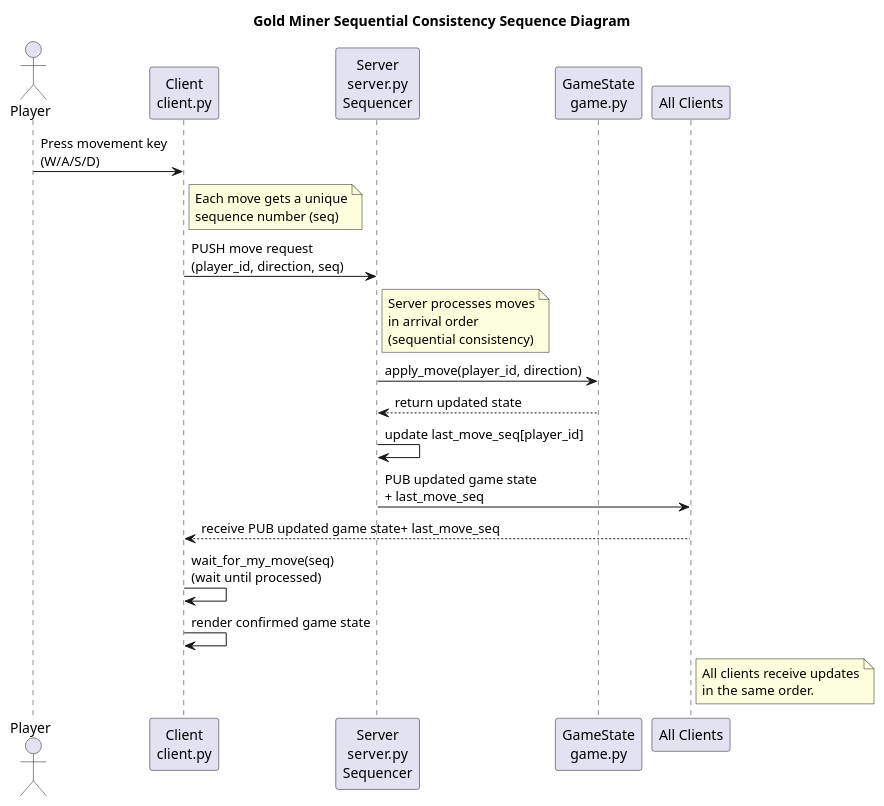
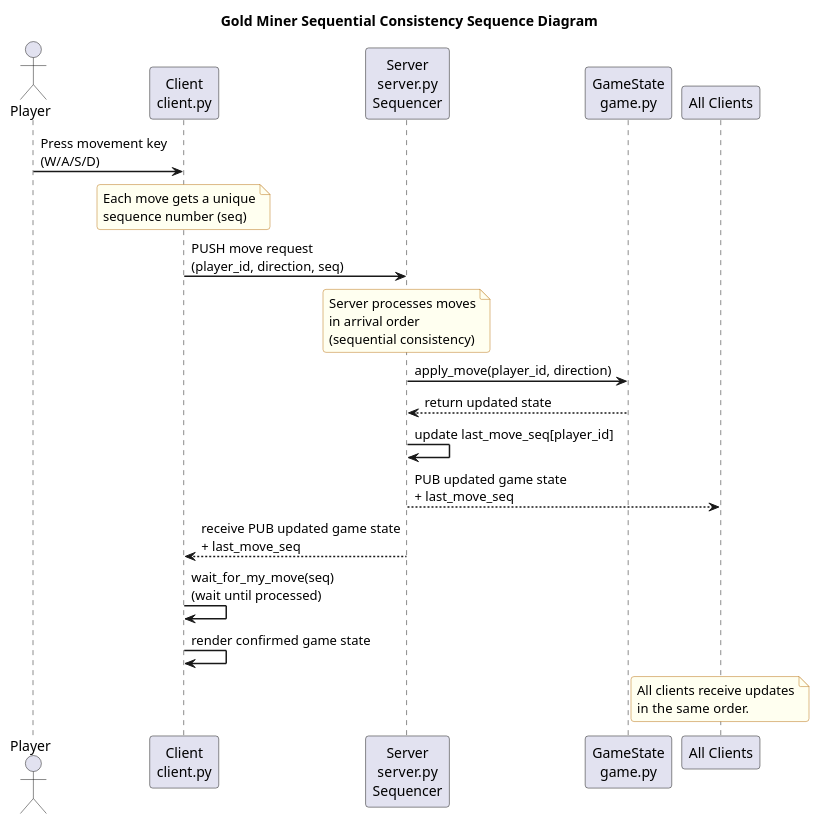
The diagram in plantuml code/sequenceDiagram.puml (prajitabhandari1234/COIT13229-Applied-Distributed-Systems-Assignment-2), drawn with PlantUML before and after one commit.

Commit message:
Update sequential consistency diagram

```diff
--- a/plantuml code/sequenceDiagram.puml
+++ b/plantuml code/sequenceDiagram.puml
@@ -1,42 +1,44 @@
 @startuml
+skinparam sequenceArrowThickness 1.5
+skinparam roundcorner 6
+skinparam noteBackgroundColor #FFFFF0
+skinparam noteBorderColor #BA7517
+
 title Gold Miner Sequential Consistency Sequence Diagram
 
 actor "Player" as P
 participant "Client\nclient.py" as C
 participant "Server\nserver.py\nSequencer" as S
 participant "GameState\ngame.py" as G
-participant "All Clients" as AC
+participant "All Clients" as O
 
 P -> C : Press movement key\n(W/A/S/D)
 
-note right of C
-Each move gets a unique
-sequence number (seq)
+note over C
+  Each move gets a unique
+  sequence number (seq)
 end note
 
 C -> S : PUSH move request\n(player_id, direction, seq)
 
-note right of S
-Server processes moves
-in arrival order
-(sequential consistency)
+note over S
+  Server processes moves
+  in arrival order
+  (sequential consistency)
 end note
 
 S -> G : apply_move(player_id, direction)
 G --> S : return updated state
-
 S -> S : update last_move_seq[player_id]
 
-S -> AC : PUB updated game state\n+ last_move_seq
+S --> O : PUB updated game state\n+ last_move_seq
+S --> C : receive PUB updated game state\n+ last_move_seq
 
-AC --> C : receive PUB updated game state+ last_move_seq
 C -> C : wait_for_my_move(seq)\n(wait until processed)
-
 C -> C : render confirmed game state
 
-note right of AC
-All clients receive updates
-in the same order.
+note over O
+  All clients receive updates
+  in the same order.
 end note
-
 @enduml
```
